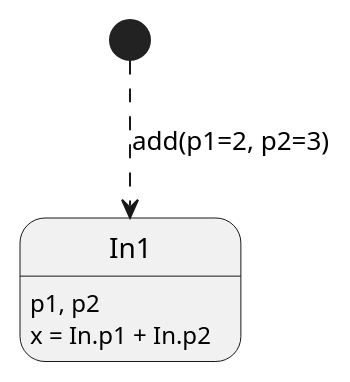
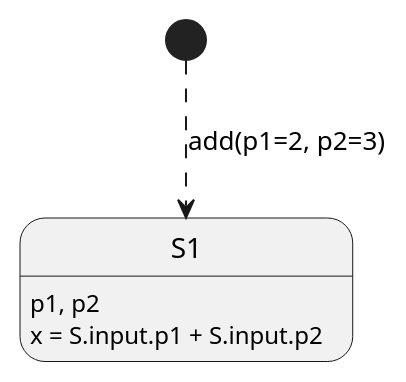
The diagram in docs/test_1.puml (PeterKanderholm/mdrunner), drawn with PlantUML before and after one commit. The commit also changed 26 other files, not shown here.

```diff
--- a/docs/test_1.puml
+++ b/docs/test_1.puml
@@ -1,7 +1,7 @@
 @startuml
-[*] -[dashed]-> In1 : add(p1=2, p2=3)
+[*] -[dashed]-> S1 : add(p1=2, p2=3)
 
-In1 : p1, p2
-In1 : x = In.p1 + In.p2
+S1 : p1, p2
+S1 : x = S.input.p1 + S.input.p2
 
 @enduml
```
